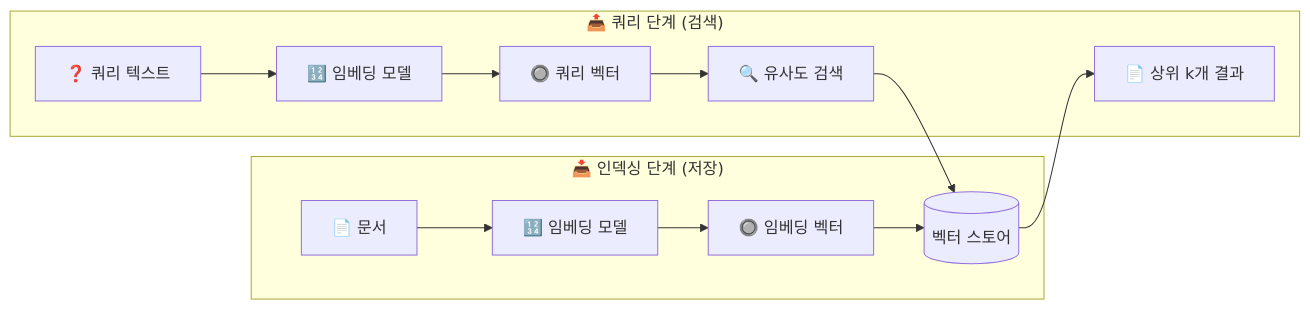
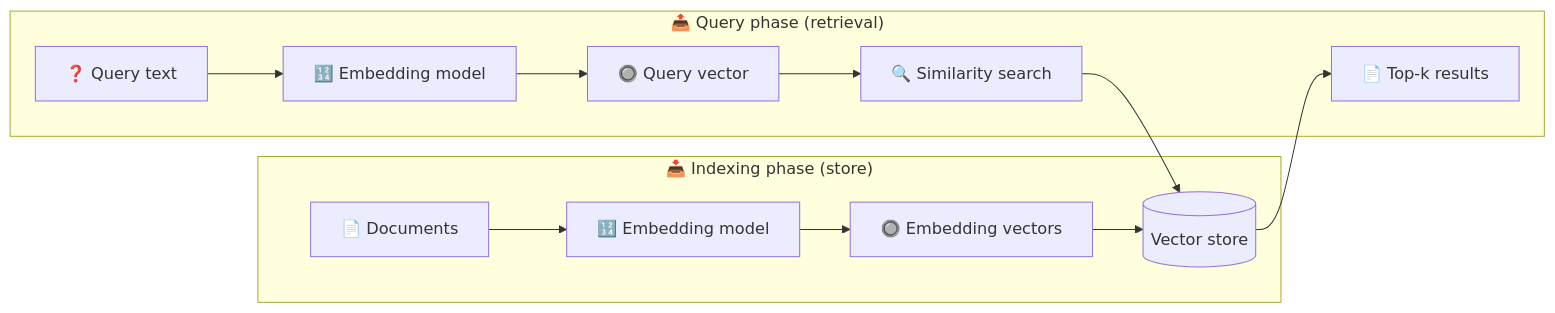
One commit to jeongsk/langchain-docs changed the diagram in src-ko/oss/python/integrations/vectorstores/index.mdx. Above: the diagram before and after it, drawn with Mermaid. The commit also changed other lines of this file and 835 other files, not shown here.

````diff
--- a/src-ko/oss/python/integrations/vectorstores/index.mdx
+++ b/src-ko/oss/python/integrations/vectorstores/index.mdx
@@ -9,17 +9,17 @@
 ```mermaid
 flowchart LR
 
-    subgraph "📥 인덱싱 단계 (저장)"
-        A[📄 문서] --> B[🔢 임베딩 모델]
-        B --> C[🔘 임베딩 벡터]
-        C --> D[(벡터 스토어)]
+    subgraph "📥 Indexing phase (store)"
+        A[📄 Documents] --> B[🔢 Embedding model]
+        B --> C[🔘 Embedding vectors]
+        C --> D[(Vector store)]
     end
 
-    subgraph "📤 쿼리 단계 (검색)"
-        E[❓ 쿼리 텍스트] --> F[🔢 임베딩 모델]
-        F --> G[🔘 쿼리 벡터]
-        G --> H[🔍 유사도 검색]
+    subgraph "📤 Query phase (retrieval)"
+        E[❓ Query text] --> F[🔢 Embedding model]
+        F --> G[🔘 Query vector]
+        G --> H[🔍 Similarity search]
         H --> D
-        D --> I[📄 상위 k개 결과]
+        D --> I[📄 Top-k results]
     end
 ```
````
